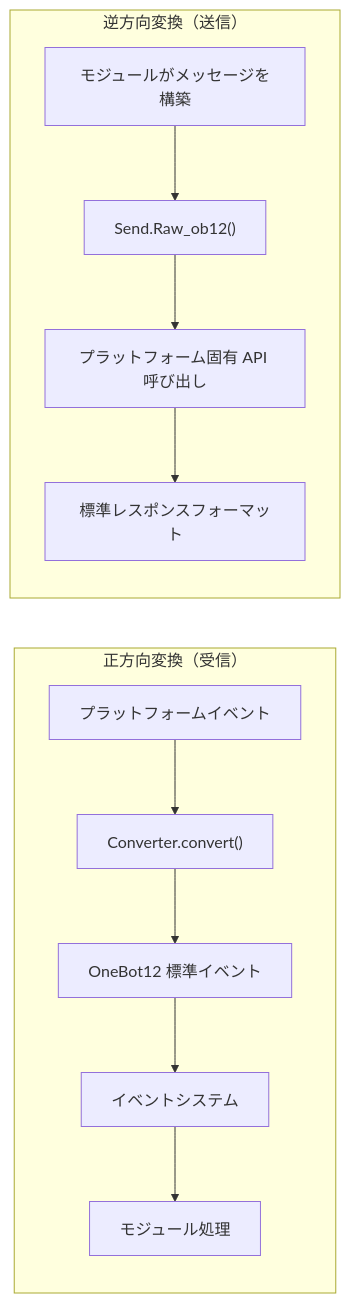
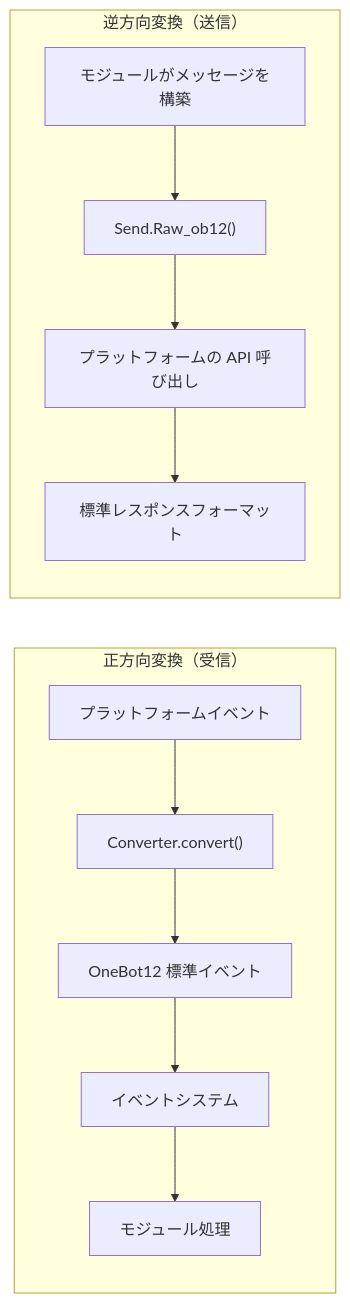
One commit to ErisPulse/ErisPulse changed the diagram in docs/ja/developer-guide/adapters/getting-started.md. Above: the diagram before and after it, drawn with Mermaid. The commit also changed other lines of this file and 79 other files, not shown here.

````diff
--- a/docs/ja/developer-guide/adapters/getting-started.md
+++ b/docs/ja/developer-guide/adapters/getting-started.md
@@ -18,11 +18,11 @@
 ```mermaid
 flowchart LR
     subgraph receive["正方向変換（受信）"]
         direction TB
         P1["プラットフォームイベント"] --> C1["Converter.convert()"] --> O1["OneBot12 標準イベント"] --> S1["イベントシステム"] --> M1["モジュール処理"]
     end
     subgraph send["逆方向変換（送信）"]
         direction TB
-        M2["モジュールがメッセージを構築"] --> R1["Send.Raw_ob12()"] --> N1["プラットフォーム固有 API 呼び出し"] --> R2["標準レスポンスフォーマット"]
+        M2["モジュールがメッセージを構築"] --> R1["Send.Raw_ob12()"] --> N1["プラットフォームの API 呼び出し"] --> R2["標準レスポンスフォーマット"]
     end
 ```
````
